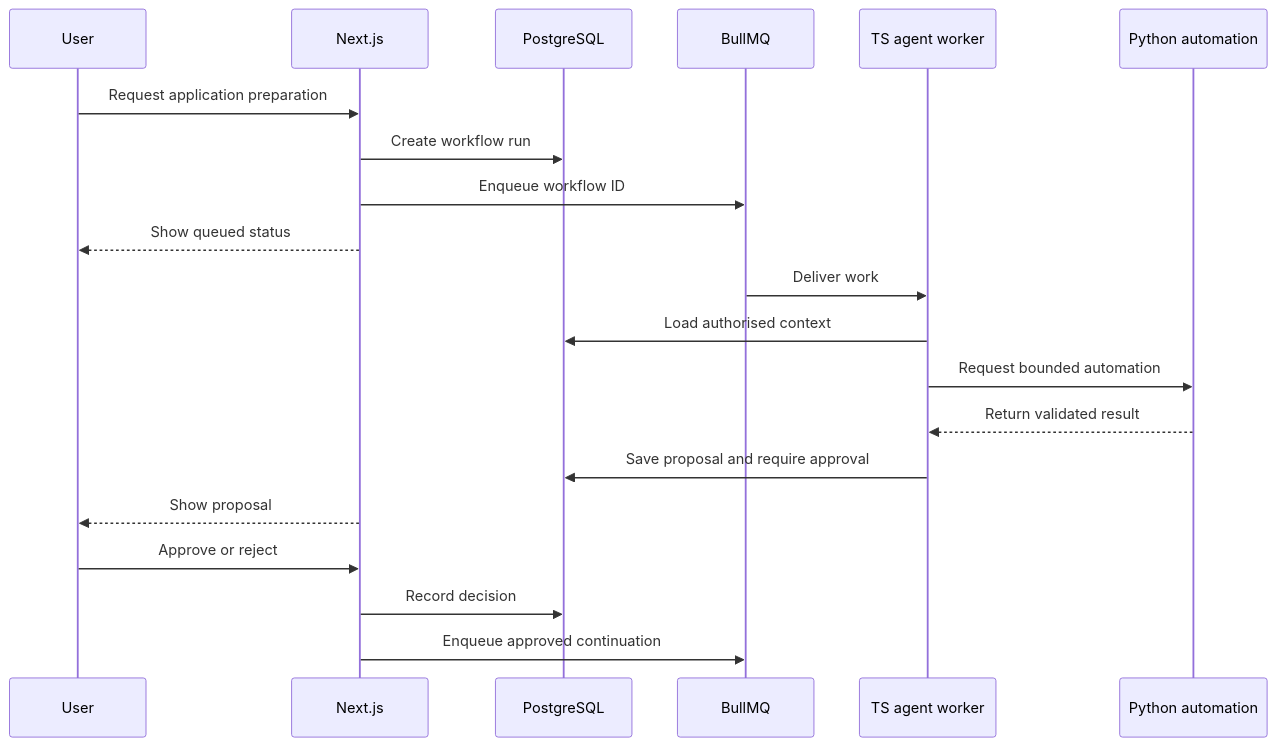
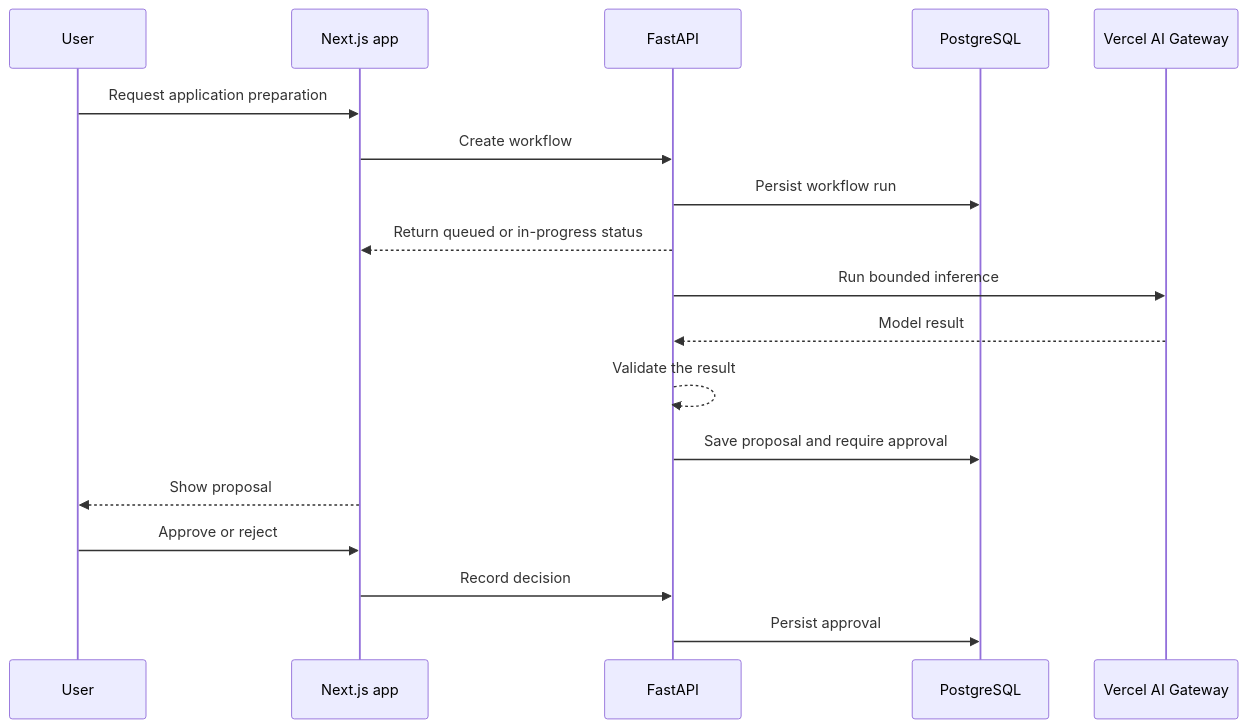
The second of 2 diagrams in TECH-MAP.md (samarpro/cAIreer), drawn with Mermaid before and after one commit. The commit also changed other lines of this file and 185 other files, not shown here.

````diff
--- a/TECH-MAP.md
+++ b/TECH-MAP.md
@@ -171,23 +158,21 @@
 ```mermaid
 sequenceDiagram
     participant User
-    participant Web as Next.js
+    participant App as Next.js app
+    participant API as FastAPI
     participant DB as PostgreSQL
-    participant Queue as BullMQ
-    participant Agent as TS agent worker
-    participant Python as Python automation
+    participant Gateway as Vercel AI Gateway
 
-    User->>Web: Request application preparation
-    Web->>DB: Create workflow run
-    Web->>Queue: Enqueue workflow ID
-    Web-->>User: Show queued status
-    Queue->>Agent: Deliver work
-    Agent->>DB: Load authorised context
-    Agent->>Python: Request bounded automation
-    Python-->>Agent: Return validated result
-    Agent->>DB: Save proposal and require approval
-    Web-->>User: Show proposal
-    User->>Web: Approve or reject
-    Web->>DB: Record decision
-    Web->>Queue: Enqueue approved continuation
+    User->>App: Request application preparation
+    App->>API: Create workflow
+    API->>DB: Persist workflow run
+    API-->>App: Return queued or in-progress status
+    API->>Gateway: Run bounded inference
+    Gateway-->>API: Model result
+    API-->>API: Validate the result
+    API->>DB: Save proposal and require approval
+    App-->>User: Show proposal
+    User->>App: Approve or reject
+    App->>API: Record decision
+    API->>DB: Persist approval
 ```
````
